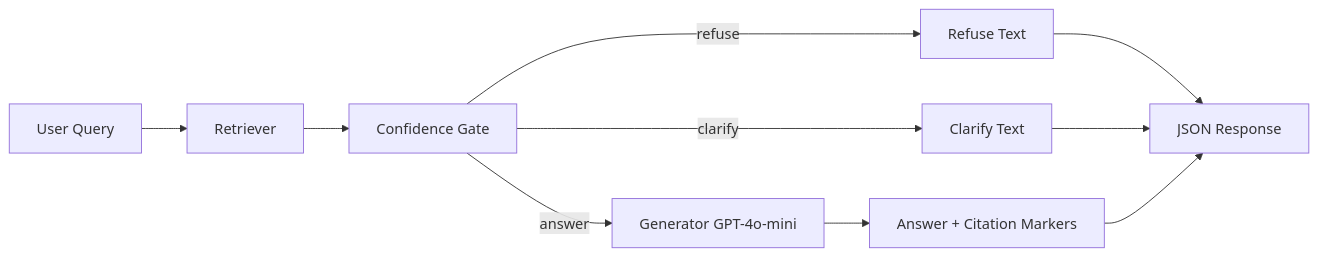
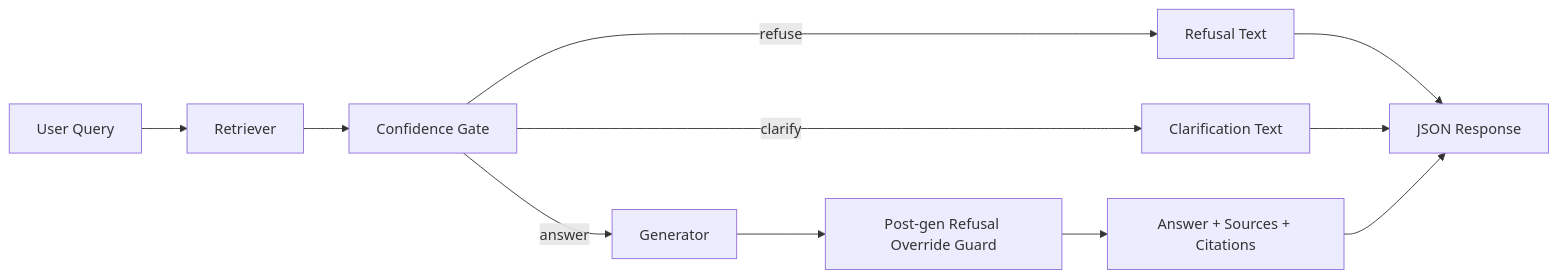
The first of 2 diagrams in README.md (VinaySampath14/enterprise-knowledge-assistant), drawn with Mermaid before and after one commit. The commit also changed other lines of this file and 1905 other files, not shown here.

````diff
--- a/README.md
+++ b/README.md
@@ -26,12 +65,13 @@
 ```mermaid
 graph LR
     Q[User Query] --> R[Retriever]
     R --> G[Confidence Gate]
-    G -->|refuse| X[Refuse Text]
-    G -->|clarify| C[Clarify Text]
-    G -->|answer| LLM[Generator GPT-4o-mini]
-    LLM --> A[Answer + Citation Markers]
+    G -->|refuse| X[Refusal Text]
+    G -->|clarify| C[Clarification Text]
+    G -->|answer| LLM[Generator]
+    LLM --> P[Post-gen Refusal Override Guard]
+    P --> A[Answer + Sources + Citations]
     X --> O[JSON Response]
     C --> O
     A --> O
 ```
````
